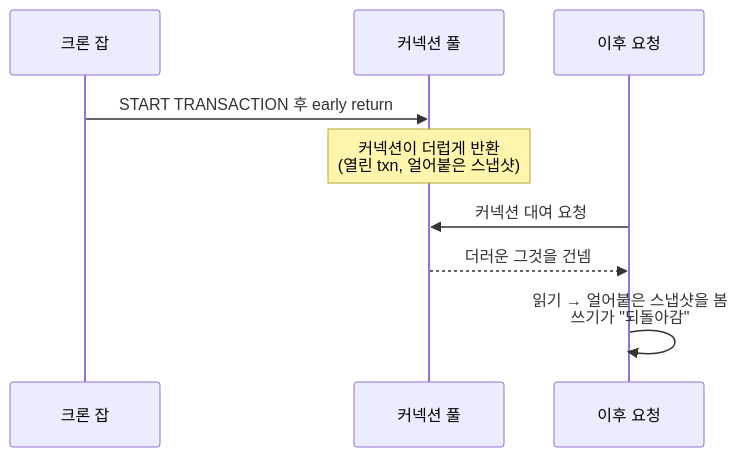
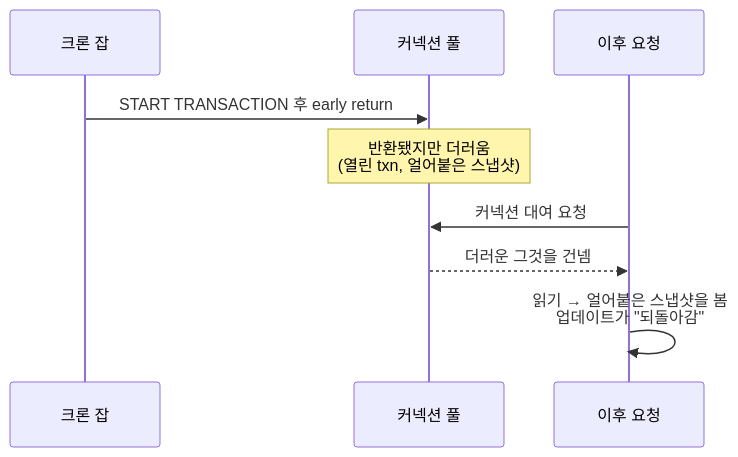
Before and after one commit to kukjun/blog: the diagram in src/content/blog/ko/unclosed-transaction-pool.md, drawn with Mermaid. The commit also changed other lines of this file and 5 other files, not shown here.

````diff
--- a/src/content/blog/ko/unclosed-transaction-pool.md
+++ b/src/content/blog/ko/unclosed-transaction-pool.md
@@ -67,11 +79,11 @@
 ```mermaid
 sequenceDiagram
   participant Cron as 크론 잡
   participant Pool as 커넥션 풀
   participant User as 이후 요청
   Cron->>Pool: START TRANSACTION 후 early return
-  Note over Pool: 커넥션이 더럽게 반환<br/>(열린 txn, 얼어붙은 스냅샷)
+  Note over Pool: 반환됐지만 더러움<br/>(열린 txn, 얼어붙은 스냅샷)
   User->>Pool: 커넥션 대여 요청
   Pool-->>User: 더러운 그것을 건넴
-  User->>User: 읽기 → 얼어붙은 스냅샷을 봄<br/>쓰기가 "되돌아감"
+  User->>User: 읽기 → 얼어붙은 스냅샷을 봄<br/>업데이트가 "되돌아감"
 ```
````
